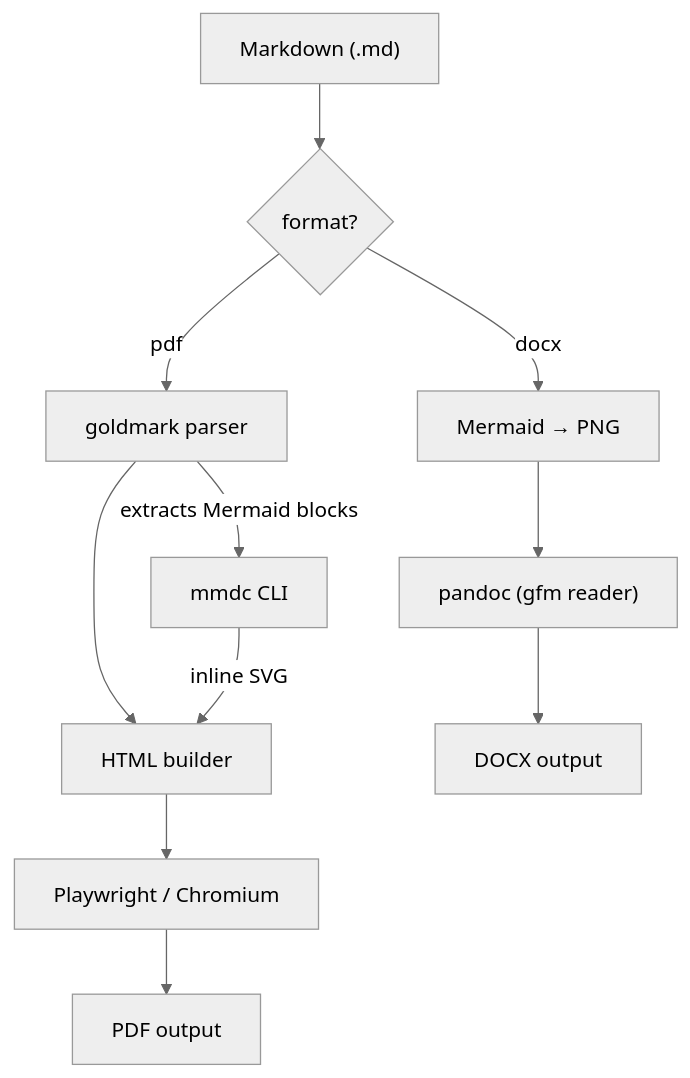
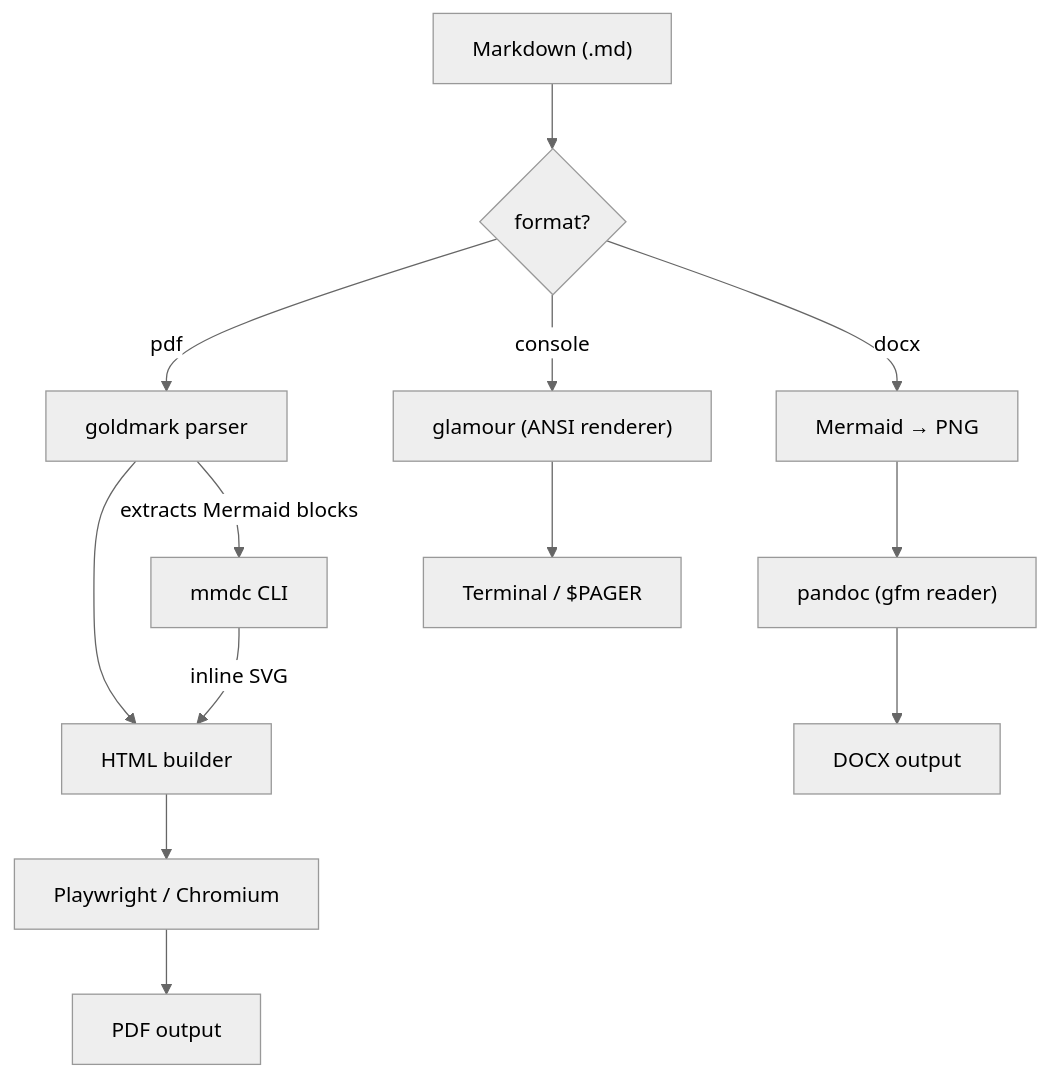
Before and after one commit to 135yshr/md2pdf: the diagram in README.md, drawn with Mermaid (neutral theme). The commit also changed other lines of this file and 11 other files, not shown here.

First line of the commit message:
✨ feat: add console output format for reading Markdown in the terminal (#41)

````diff
--- a/README.md
+++ b/README.md
@@ -162,13 +173,15 @@
 ```mermaid
 flowchart TD
     A["Markdown (.md)"] --> E{format?}
     E -->|pdf| B[goldmark parser]
     B --> C[HTML builder]
     B -->|extracts Mermaid blocks| D[mmdc CLI]
     D -->|inline SVG| C
     C --> F["Playwright / Chromium"]
     F --> G[PDF output]
     E -->|docx| J[Mermaid → PNG]
     J --> H["pandoc (gfm reader)"]
     H --> I[DOCX output]
+    E -->|console| K["glamour (ANSI renderer)"]
+    K --> L["Terminal / $PAGER"]
 ```
````
